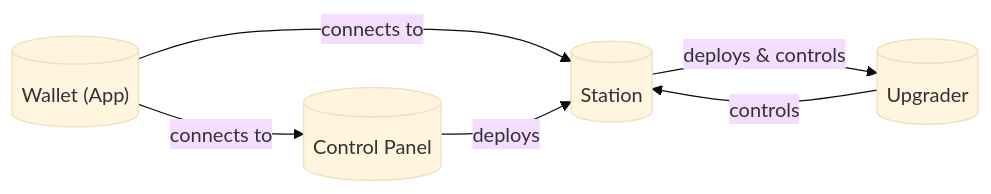
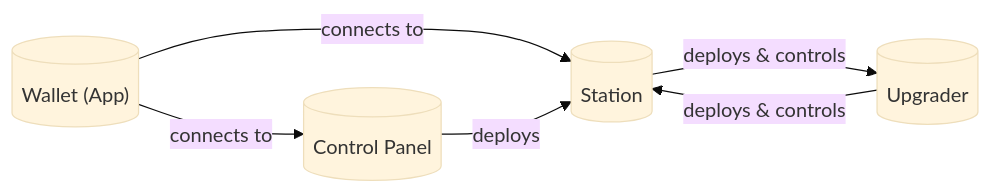
The first of 2 diagrams in README.md (dfinity/orbit), drawn with Mermaid (base theme) before and after one commit.

````diff
--- a/README.md
+++ b/README.md
@@ -27,9 +27,9 @@
 ```mermaid
 flowchart LR
     wallet[("Wallet (App)")] -- connects to --> Control_Panel;
     wallet -- connects to --> Station;
 
     Control_Panel[(Control Panel)] -- deploys --> Station;
     Station[(Station)] -- deploys & controls --> Upgrader;
-    Upgrader[(Upgrader)] -- controls --> Station;
+    Upgrader[(Upgrader)] -- deploys & controls --> Station;
 ```
````
